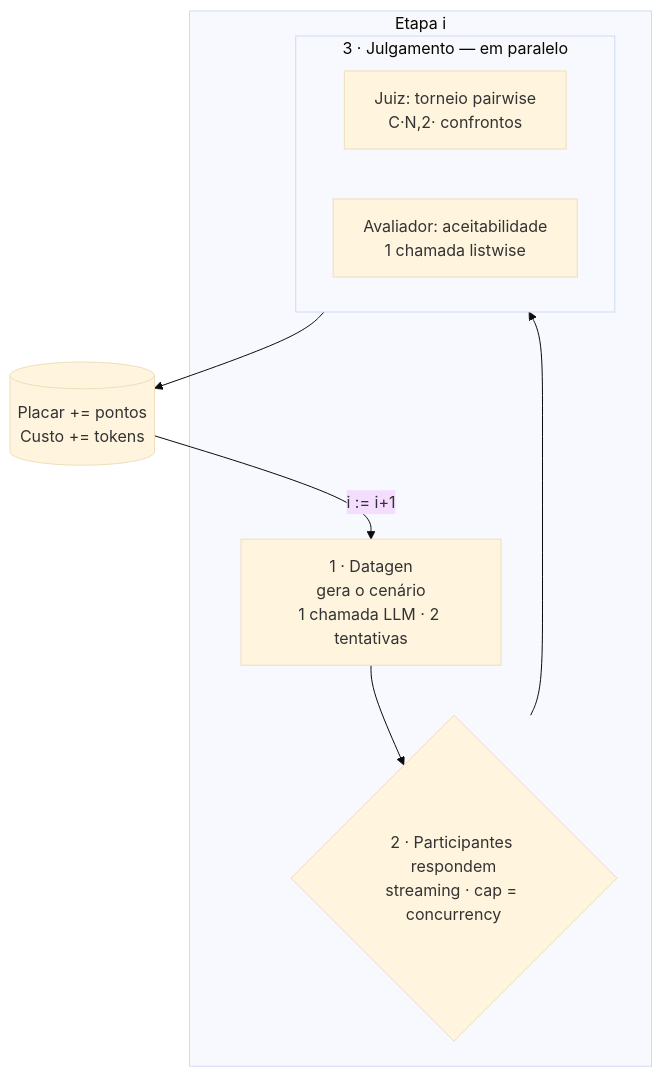
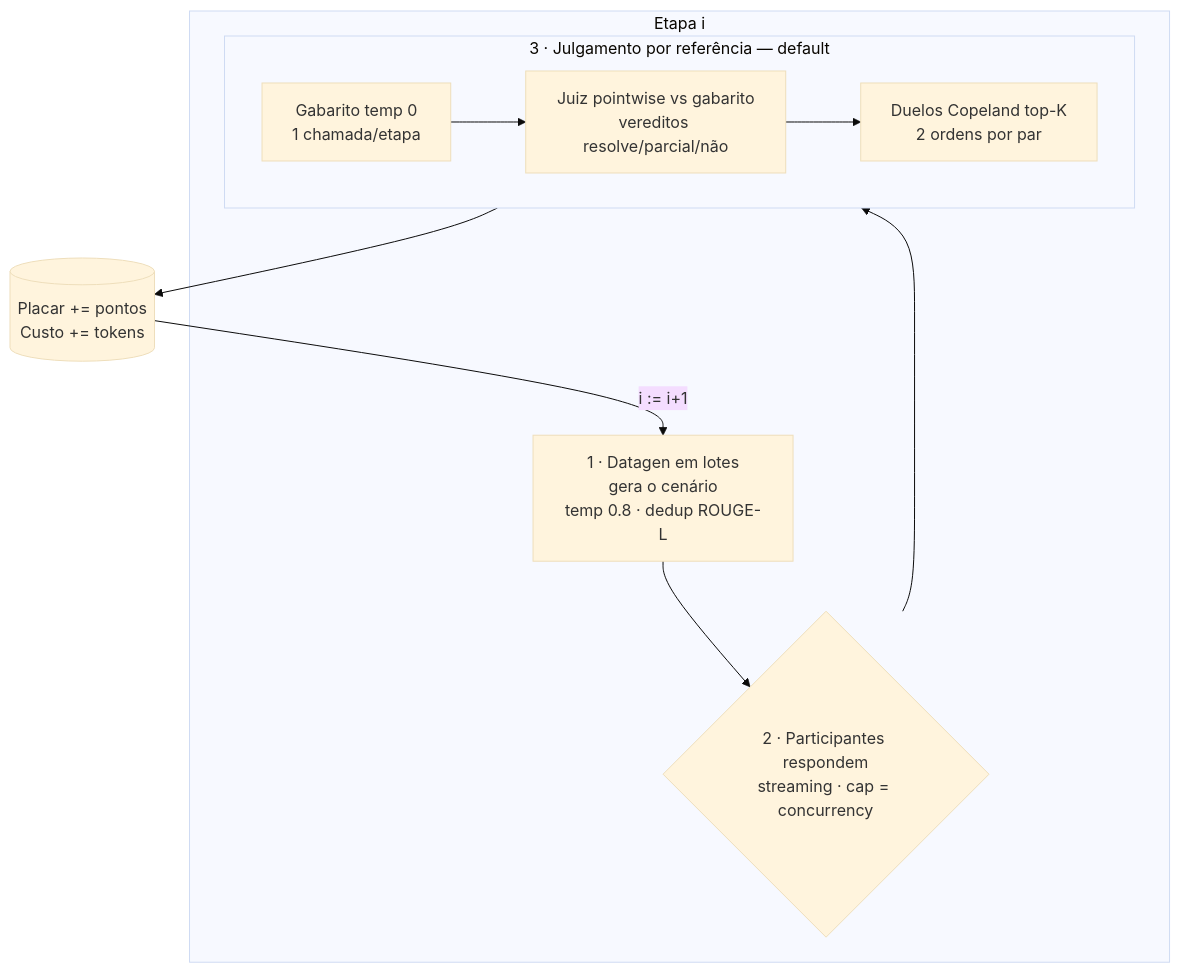
One commit to frederico-kluser/ai-benchmark changed the first of 2 diagrams in FUNCIONAMENTO.md. Above: the diagram before and after it, drawn with Mermaid (base theme). The commit also changed other lines of this file and 52 other files, not shown here.

````diff
--- a/FUNCIONAMENTO.md
+++ b/FUNCIONAMENTO.md
@@ -61,14 +67,15 @@
 ```mermaid
 flowchart TB
   subgraph Etapa i
-    DG[1 · Datagen<br/>gera o cenário<br/>1 chamada LLM · 2 tentativas] --> CMP
+    DG[1 · Datagen em lotes<br/>gera o cenário<br/>temp 0.8 · dedup ROUGE-L] --> CMP
     CMP{2 · Participantes respondem<br/>streaming · cap = concurrency} --> JE
-    subgraph JE [3 · Julgamento — em paralelo]
+    subgraph JE [3 · Julgamento por referência — default]
       direction LR
-      J[Juiz: torneio pairwise<br/>C·N,2· confrontos] 
-      E[Avaliador: aceitabilidade<br/>1 chamada listwise]
+      G[Gabarito temp 0<br/>1 chamada/etapa] --> R
+      R[Juiz pointwise vs gabarito<br/>vereditos resolve/parcial/não] --> D
+      D[Duelos Copeland top-K<br/>2 ordens por par]
     end
   end
   JE --> SB[(Placar += pontos<br/>Custo += tokens)]
   SB -->|i := i+1| DG
 ```
````
